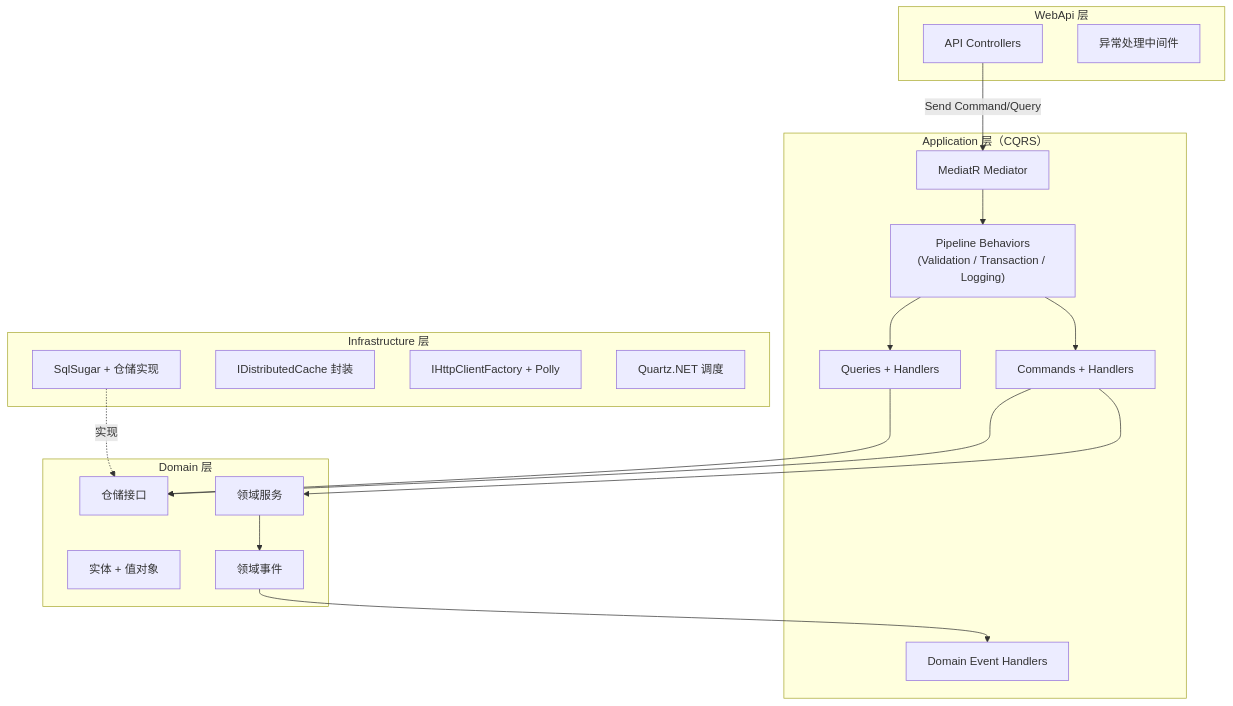
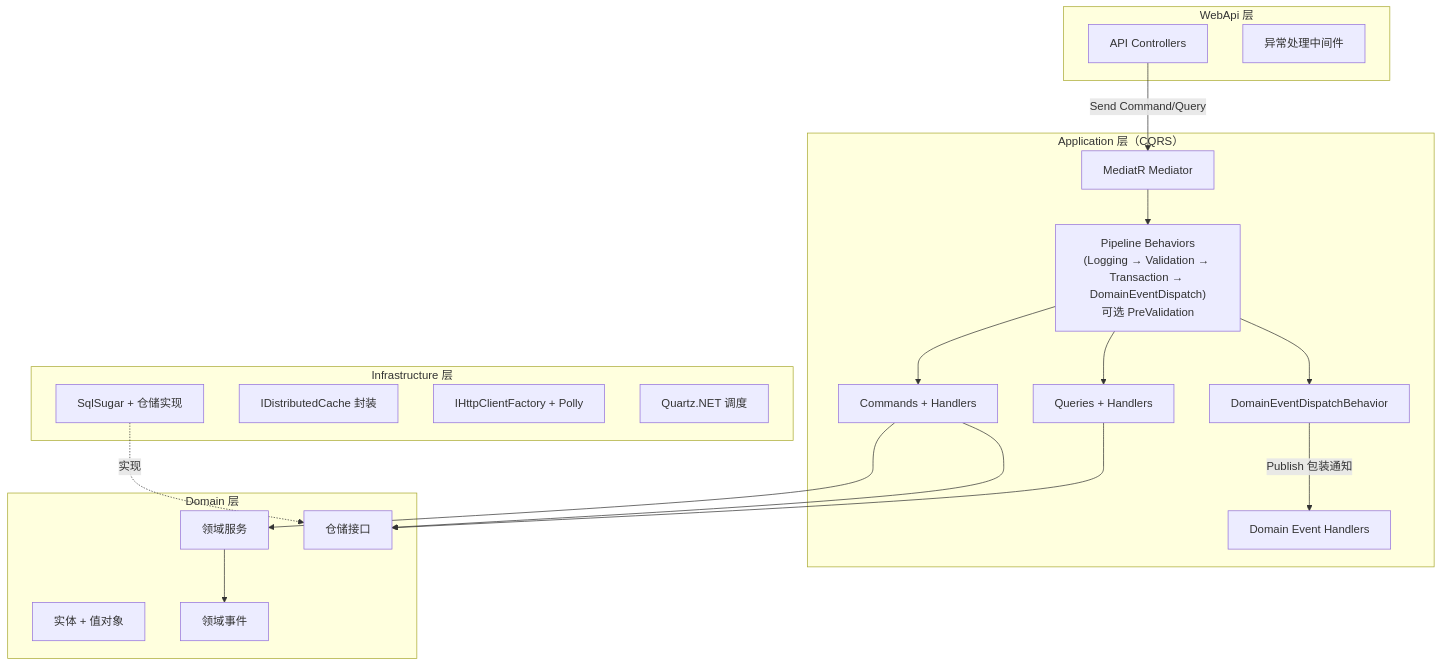
One commit to sun-1221/CloudDrive_115 changed the first of 2 diagrams in .kiro/specs/115-cloud-drive-net10/design.md. Above: the diagram before and after it, drawn with Mermaid. The commit also changed other lines of this file and 84 other files, not shown here.

````diff
--- a/.kiro/specs/115-cloud-drive-net10/design.md
+++ b/.kiro/specs/115-cloud-drive-net10/design.md
@@ -111,40 +111,42 @@
 ```mermaid
 graph TD
     subgraph WebApi["WebApi 层"]
         Controllers[API Controllers]
         Middleware[异常处理中间件]
     end
 
     subgraph Application["Application 层（CQRS）"]
         Commands[Commands + Handlers]
         Queries[Queries + Handlers]
         EventHandlers[Domain Event Handlers]
-        Behaviors["Pipeline Behaviors\n(Validation / Transaction / Logging)"]
+        Behaviors["Pipeline Behaviors\n(Logging → Validation → Transaction → DomainEventDispatch)\n可选 PreValidation"]
+        DomainEventDispatch[DomainEventDispatchBehavior]
         MediatR[MediatR Mediator]
     end
 
     subgraph Domain["Domain 层"]
         Entities[实体 + 值对象]
         DomainEvents[领域事件]
         DomainServices[领域服务]
         RepoInterfaces[仓储接口]
     end
 
     subgraph Infrastructure["Infrastructure 层"]
         SqlSugar[SqlSugar + 仓储实现]
         Cache[IDistributedCache 封装]
         HttpClients[IHttpClientFactory + Polly]
         Quartz[Quartz.NET 调度]
     end
 
     Controllers -->|Send Command/Query| MediatR
     MediatR --> Behaviors
     Behaviors --> Commands
     Behaviors --> Queries
+    Behaviors --> DomainEventDispatch
     Commands --> DomainServices
     Commands --> RepoInterfaces
     Queries --> RepoInterfaces
     DomainServices --> DomainEvents
-    DomainEvents --> EventHandlers
+    DomainEventDispatch -->|Publish 包装通知| EventHandlers
     SqlSugar -.->|实现| RepoInterfaces
 ```
````
